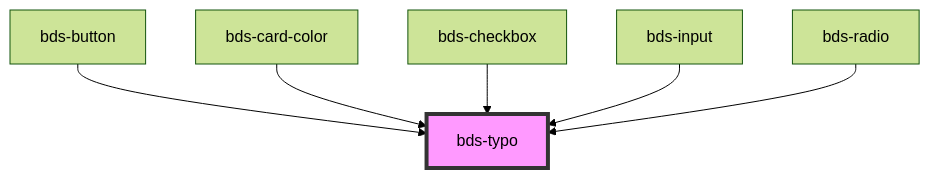
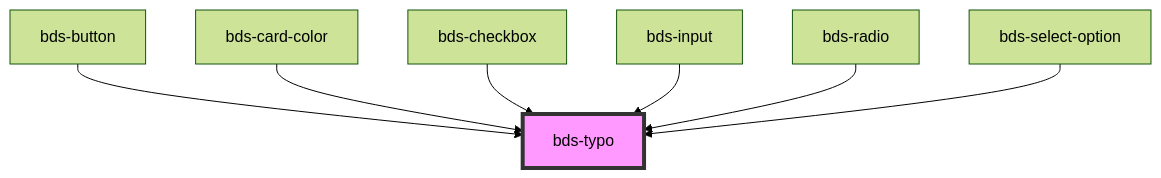
The diagram in src/components/typo/readme.md (takenet/blip-ds), drawn with Mermaid (forest theme) before and after one commit. The commit also changed other lines of this file and 9 other files, not shown here.

````diff
--- a/src/components/typo/readme.md
+++ b/src/components/typo/readme.md
@@ -32,9 +33,10 @@
 ```mermaid
 graph TD;
   bds-button --> bds-typo
   bds-card-color --> bds-typo
   bds-checkbox --> bds-typo
   bds-input --> bds-typo
   bds-radio --> bds-typo
+  bds-select-option --> bds-typo
   style bds-typo fill:#f9f,stroke:#333,stroke-width:4px
 ```
````
